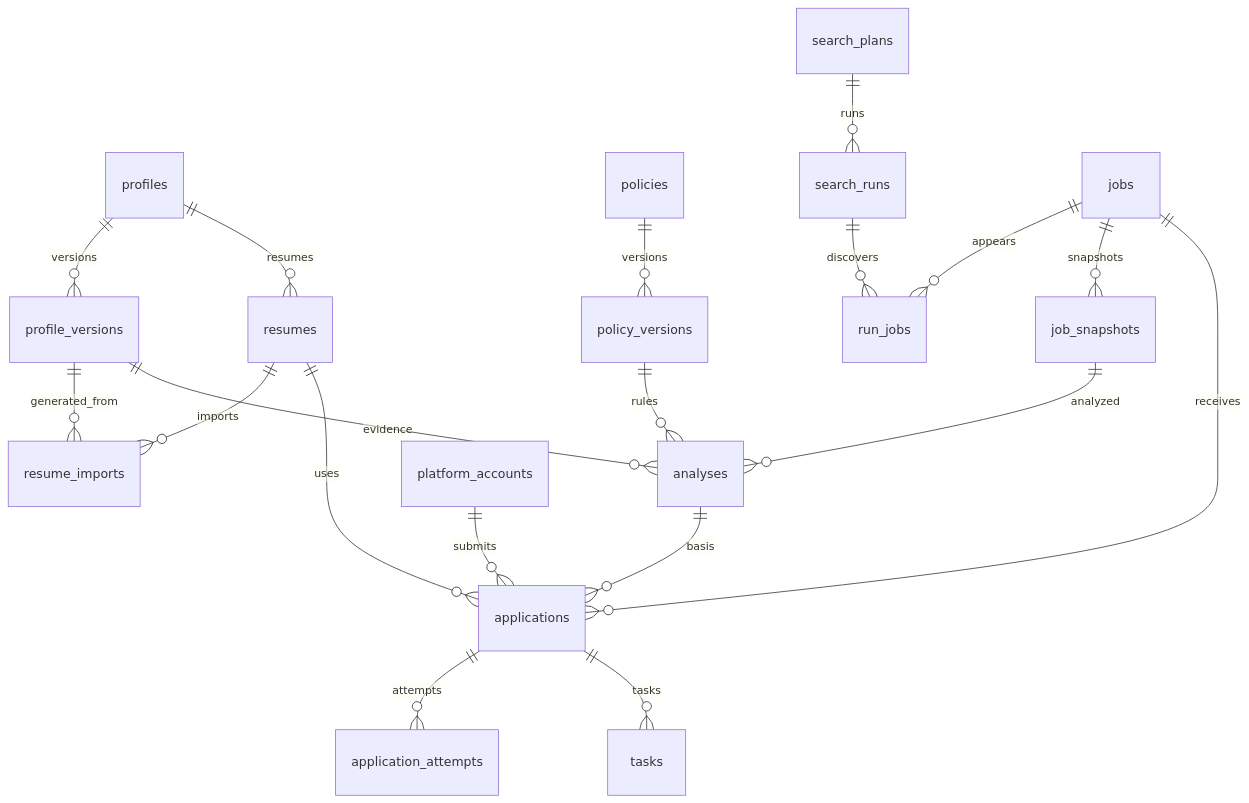
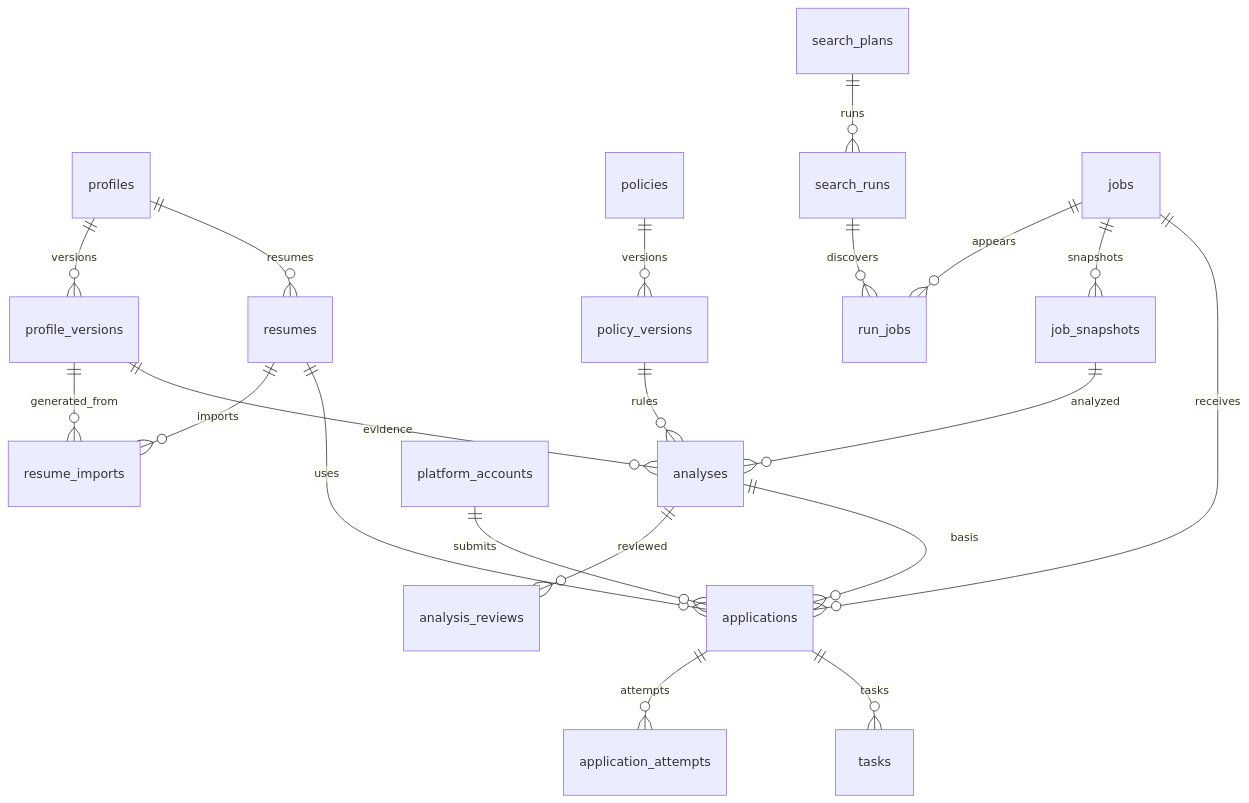
The diagram in docs/04-database.md (aleafyhj/ai-job-agent), drawn with Mermaid before and after one commit. The commit also changed other lines of this file and 13 other files, not shown here.

````diff
--- a/docs/04-database.md
+++ b/docs/04-database.md
@@ -43,21 +44,22 @@
 ```mermaid
 erDiagram
     profiles ||--o{ profile_versions : versions
     profiles ||--o{ resumes : resumes
     resumes ||--o{ resume_imports : imports
     profile_versions ||--o{ resume_imports : generated_from
     policies ||--o{ policy_versions : versions
     search_plans ||--o{ search_runs : runs
     search_runs ||--o{ run_jobs : discovers
     jobs ||--o{ run_jobs : appears
     jobs ||--o{ job_snapshots : snapshots
     job_snapshots ||--o{ analyses : analyzed
     profile_versions ||--o{ analyses : evidence
     policy_versions ||--o{ analyses : rules
+    analyses ||--o{ analysis_reviews : reviewed
     analyses ||--o{ applications : basis
     jobs ||--o{ applications : receives
     resumes ||--o{ applications : uses
     platform_accounts ||--o{ applications : submits
     applications ||--o{ application_attempts : attempts
     applications ||--o{ tasks : tasks
 ```
````
